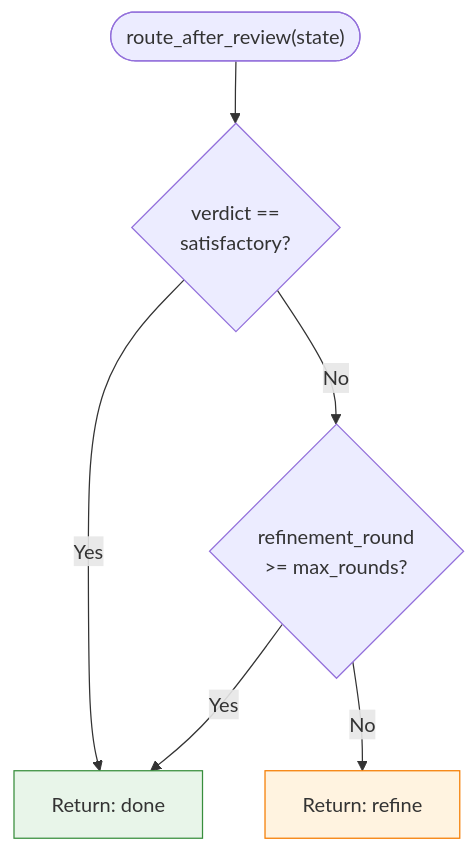
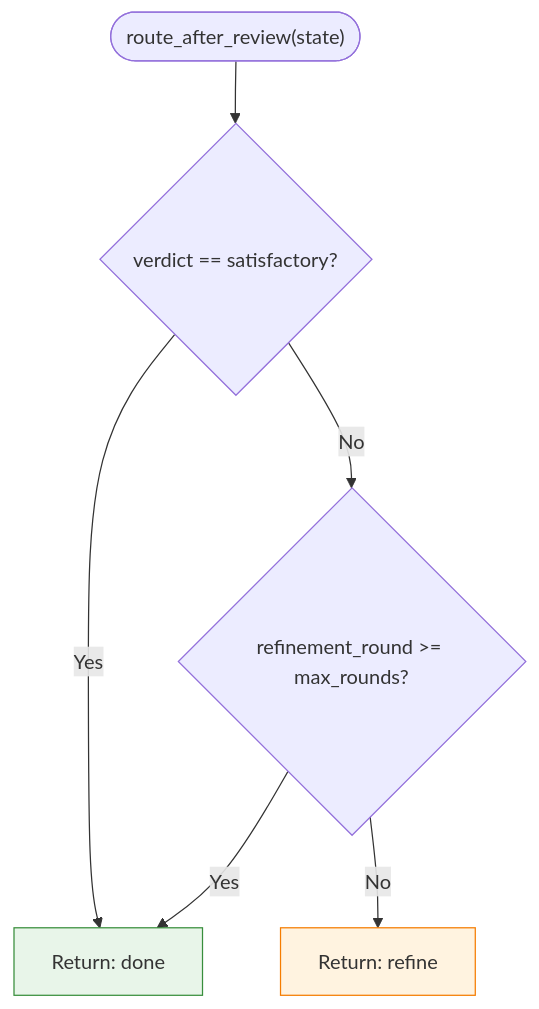
One commit to dimitarpg13/agentic_architectures_and_design_patterns changed diagram 12 of 14 in notebooks/research_paper_creation/docs/research_paper_agentic_workflow_diagrams.md. Above: the diagram before and after it, drawn with Mermaid. The commit also changed other lines of this file, not shown here.

Commit message:
fix mermaid rendering errors in markdown

````diff
--- a/notebooks/research_paper_creation/docs/research_paper_agentic_workflow_diagrams.md
+++ b/notebooks/research_paper_creation/docs/research_paper_agentic_workflow_diagrams.md
@@ -752,17 +721,17 @@
 ```mermaid
 flowchart TD
     START(["route_after_review(state)"])
-    V{"verdict ==<br/>satisfactory?"}
-    R{"refinement_round<br/>>= max_rounds?"}
+    V{"verdict == satisfactory?"}
+    R{"refinement_round >= max_rounds?"}
     DONE["Return: done"]
     REFINE["Return: refine"]
 
     START --> V
     V -->|Yes| DONE
     V -->|No| R
     R -->|Yes| DONE
     R -->|No| REFINE
 
     style DONE fill:#e8f5e9,stroke:#388e3c
     style REFINE fill:#fff3e0,stroke:#f57c00
 ```
````
